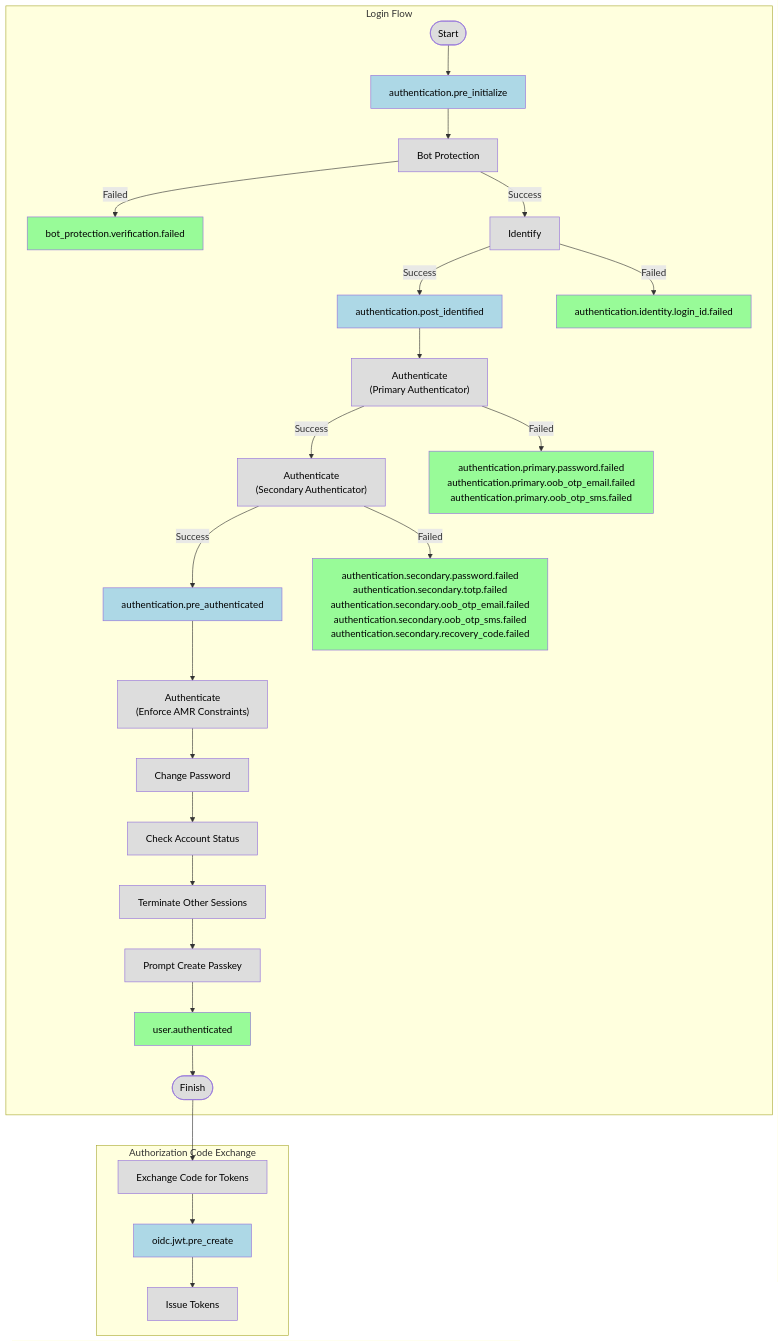
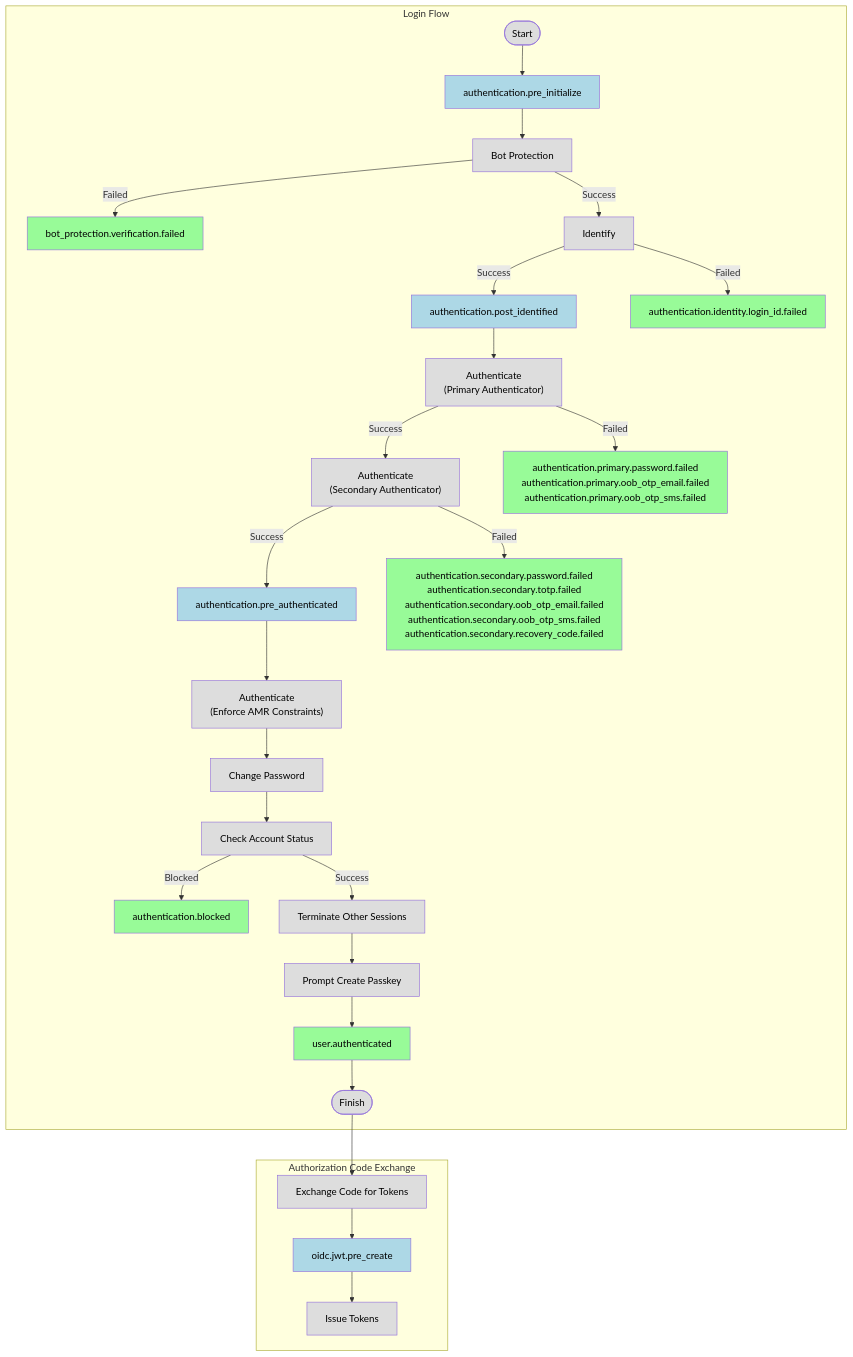
One commit to authgear/authgear-server changed the third of 3 diagrams in docs/specs/event.md. Above: the diagram before and after it, drawn with Mermaid. The commit also changed other lines of this file, not shown here.

Commit message:
Document authentication.blocked event

````diff
--- a/docs/specs/event.md
+++ b/docs/specs/event.md
@@ -1094,43 +1116,44 @@
 ```mermaid
 flowchart TD
     subgraph "Login Flow"
         Start([Start])
         Start --> AuthenticationPreInitialize[authentication.pre_initialize]
         AuthenticationPreInitialize --> BotProtection[Bot Protection]
         BotProtection -- "Failed" --> BotProtectionVerificationFailed[bot_protection.verification.failed]
         BotProtection -- "Success" --> Identify[Identify]
         Identify -- "Success" --> AuthenticationPostIdentified[authentication.post_identified]
         Identify -- "Failed" --> AuthenticationIdentityLoginIDFailed[authentication.identity.login_id.failed]
 
         AuthenticationPostIdentified --> AuthenticatePrimary["Authenticate<br>(Primary Authenticator)"]
 
         AuthenticatePrimary -- "Success" --> AuthenticateSecondary["Authenticate<br>(Secondary Authenticator)"]
         AuthenticatePrimary -- "Failed" --> PrimaryAuthFailed["authentication.primary.password.failed<br>authentication.primary.oob_otp_email.failed<br>authentication.primary.oob_otp_sms.failed"]:::event
 
         AuthenticateSecondary -- "Success" --> AuthenticationPreAuthenticated[authentication.pre_authenticated]
         AuthenticateSecondary -- "Failed" --> SecondaryAuthFailed["authentication.secondary.password.failed<br>authentication.secondary.totp.failed<br>authentication.secondary.oob_otp_email.failed<br>authentication.secondary.oob_otp_sms.failed<br>authentication.secondary.recovery_code.failed"]:::event
 
         AuthenticationPreAuthenticated --> AuthenticateAdaptive["Authenticate<br>(Enforce AMR Constraints)"]
         AuthenticateAdaptive --> ChangePassword[Change Password]
         ChangePassword --> CheckAccountStatus[Check Account Status]
-        CheckAccountStatus --> TerminateOtherSessions[Terminate Other Sessions]
+        CheckAccountStatus -- "Blocked" --> AuthenticationBlocked[authentication.blocked]
+        CheckAccountStatus -- "Success" --> TerminateOtherSessions[Terminate Other Sessions]
         TerminateOtherSessions --> PromptCreatePasskey[Prompt Create Passkey]
         PromptCreatePasskey --> UserAuthenticated[user.authenticated]
         UserAuthenticated --> FinishLogin([Finish])
     end
 
     subgraph "Authorization Code Exchange"
         ExchangeCode[Exchange Code for Tokens]
         ExchangeCode --> OIDCJWTPreCreate[oidc.jwt.pre_create]
         OIDCJWTPreCreate --> IssueTokens[Issue Tokens]
     end
 
     FinishLogin --> ExchangeCode
 
     classDef event fill:#98FB98,color:#000000
     classDef blockingEvent fill:#ADD8E6,color:#000000
     classDef processNode fill:#dddddd,color:#000000
-    class BotProtectionVerificationFailed,AuthenticationIdentityLoginIDFailed,PrimaryAuthFailed,SecondaryAuthFailed,UserAuthenticated event
+    class BotProtectionVerificationFailed,AuthenticationIdentityLoginIDFailed,PrimaryAuthFailed,SecondaryAuthFailed,AuthenticationBlocked,UserAuthenticated event
     class AuthenticationPreInitialize,AuthenticationPostIdentified,AuthenticationPreAuthenticated,OIDCJWTPreCreate blockingEvent
     class Start,BotProtection,Identify,AuthenticatePrimary,AuthenticateSecondary,ChangePassword,CheckAccountStatus,TerminateOtherSessions,PromptCreatePasskey,AuthenticateAdaptive,ExchangeCode,IssueTokens,FinishLogin processNode
 ```
````
